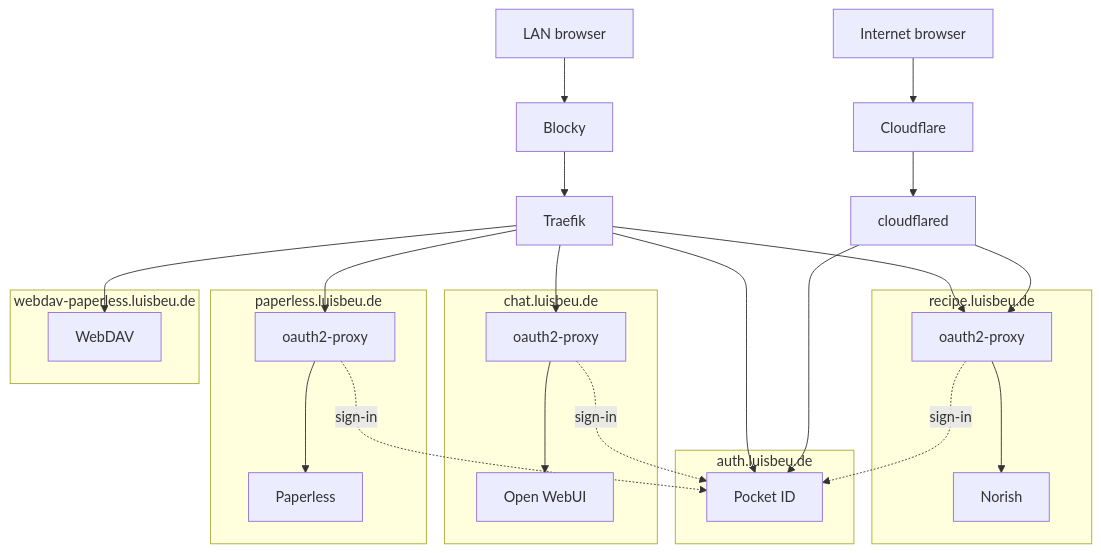
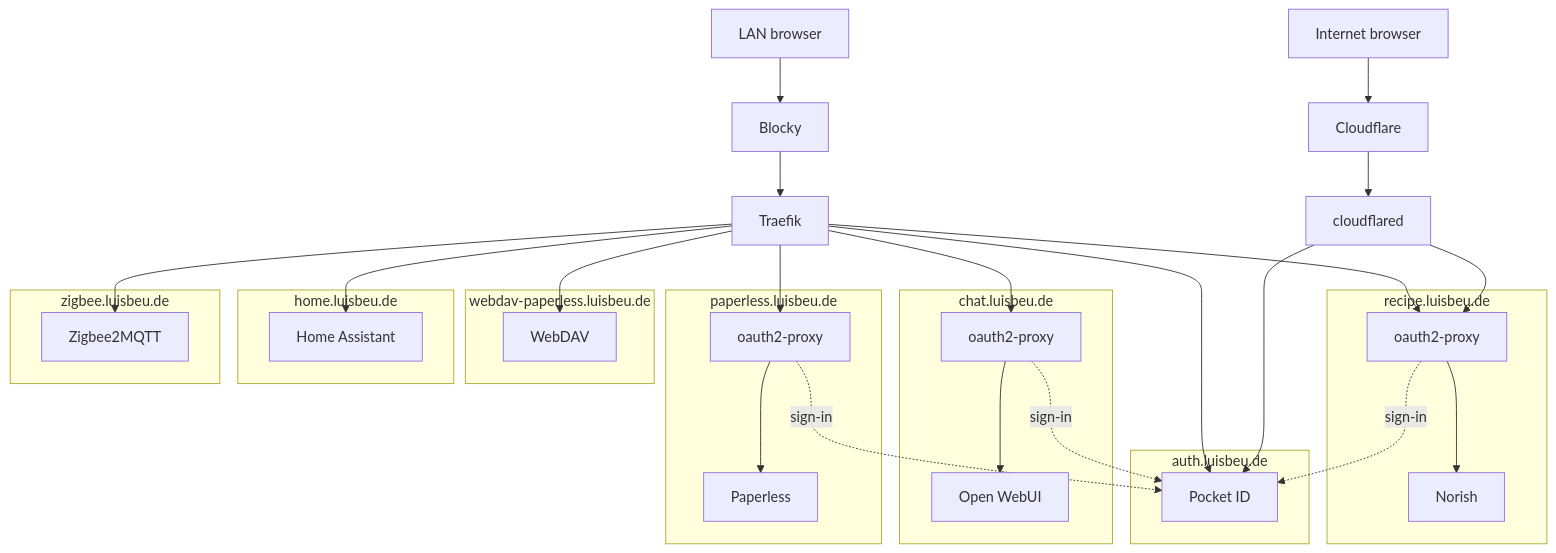
The diagram in README.md (Beuterei/helios), drawn with Mermaid before and after one commit. The commit also changed other lines of this file and 67 other files, not shown here.

Commit message:
Add home-assistant first draft

````diff
--- a/README.md
+++ b/README.md
@@ -32,37 +34,47 @@
 ```mermaid
 flowchart TB
   lanbrowser[LAN browser] --> blocky[Blocky] --> traefik[Traefik]
   inetbrowser[Internet browser] --> cloudflare[Cloudflare] --> cloudflared[cloudflared]
 
   subgraph chat [chat.luisbeu.de]
     chatgate[oauth2-proxy] --> webui[Open WebUI]
   end
 
   subgraph docs [paperless.luisbeu.de]
     docgate[oauth2-proxy] --> paperless[Paperless]
   end
 
   subgraph recipe [recipe.luisbeu.de]
     recipegate[oauth2-proxy] --> norish[Norish]
   end
 
   subgraph auth [auth.luisbeu.de]
     pocket[Pocket ID]
   end
 
   subgraph dav [webdav-paperless.luisbeu.de]
     webdav[WebDAV]
   end
 
+  subgraph home [home.luisbeu.de]
+    hass[Home Assistant]
+  end
+
+  subgraph zigbee [zigbee.luisbeu.de]
+    z2m[Zigbee2MQTT]
+  end
+
   traefik --> chatgate
   traefik --> docgate
   traefik --> recipegate
   traefik --> pocket
   traefik --> webdav
+  traefik --> hass
+  traefik --> z2m
   cloudflared --> recipegate
   cloudflared --> pocket
 
   chatgate -.->|sign-in| pocket
   docgate -.->|sign-in| pocket
   recipegate -.->|sign-in| pocket
 ```
````
